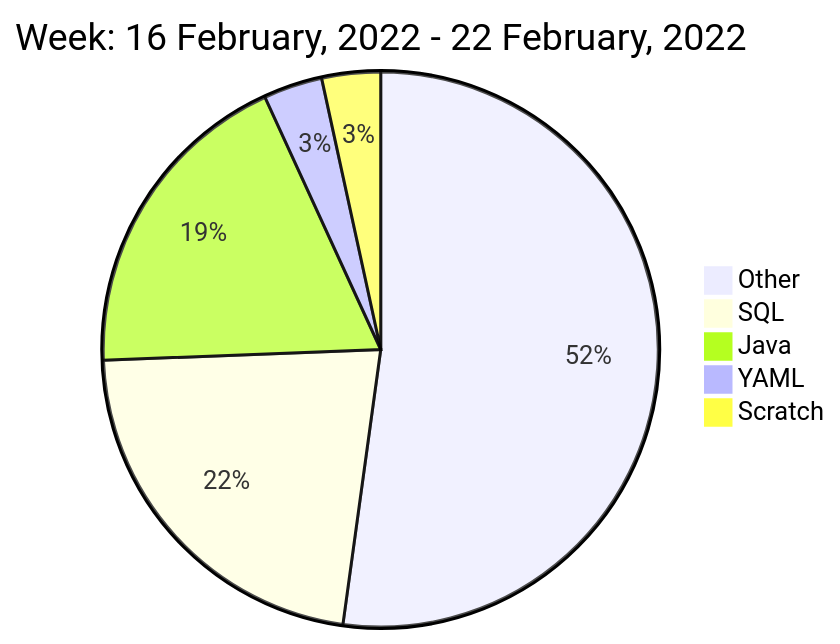
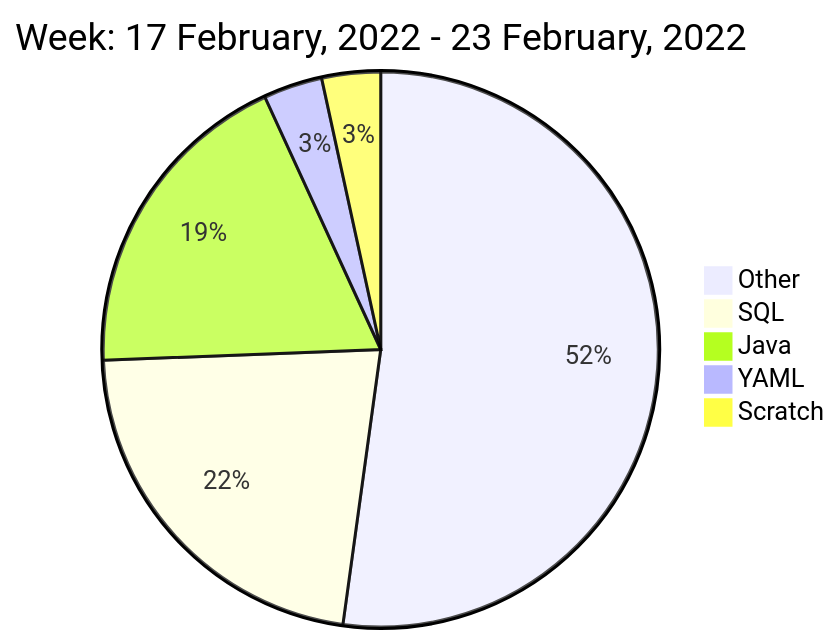
The diagram in README.md (liubin95/liubin95), drawn with Mermaid before and after one commit.

Commit message:
Updated the Graph with new Metrics

````diff
--- a/README.md
+++ b/README.md
@@ -42,9 +42,9 @@
 ```mermaid
  pie
-title Week: 16 February, 2022 - 22 February, 2022
+title Week: 17 February, 2022 - 23 February, 2022
  "Other" : 35305.139
  "SQL" : 15024.77
  "Java" : 12702.413
  "YAML" : 2321.261
  "Scratch" : 2311.568
 ```
````
